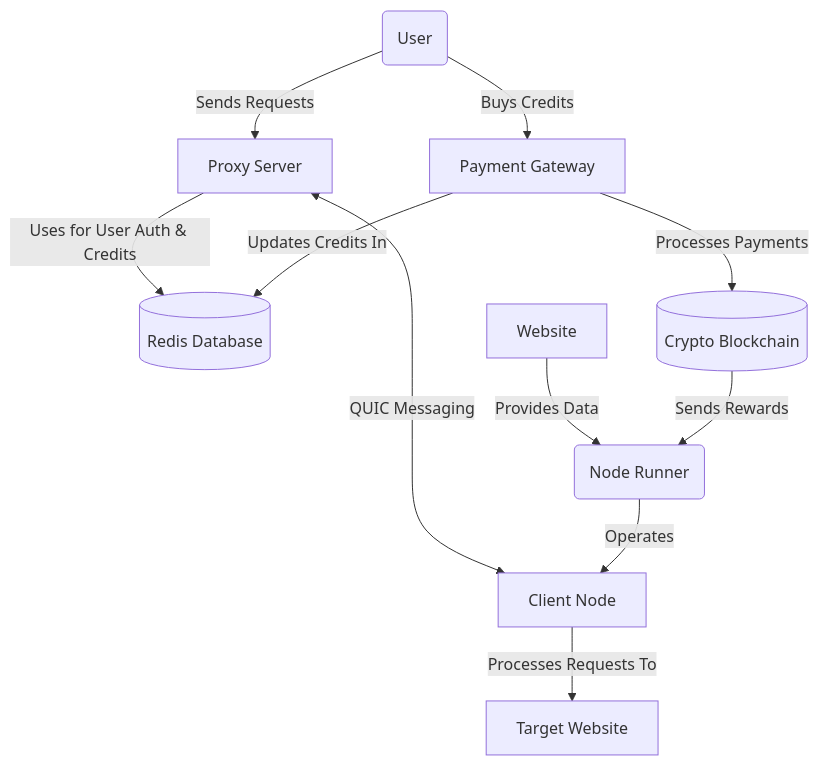
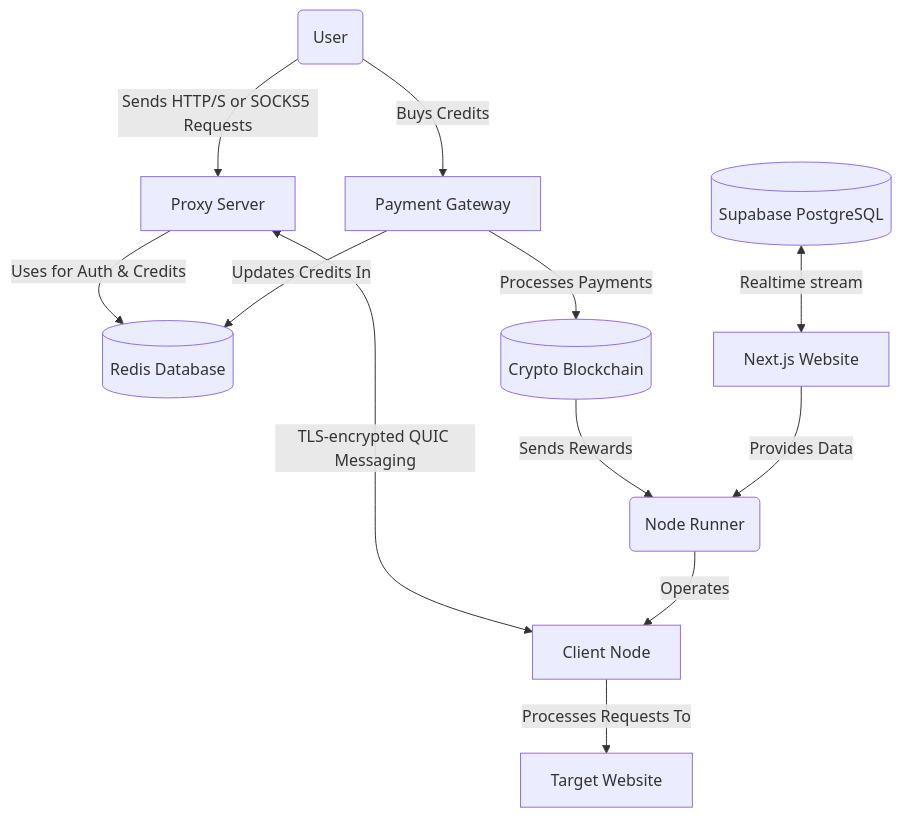
Before and after one commit to L1shed/Turbo: the first of 2 diagrams in README.md, drawn with Mermaid. The commit also changed 3 other files, not shown here.

Commit message:
feat(server): retry, timeout, client-switching logic on CONNECT

````diff
--- a/README.md
+++ b/README.md
@@ -20,30 +20,30 @@
 ```mermaid
 flowchart TD
     User(User)
     ProxyServer[Proxy Server]
     Redis[(Redis Database)]
     ClientNode[Client Node]
     NodeRunner(Node Runner)
     PaymentGateway[Payment Gateway]
     Blockchain[(Crypto Blockchain)]
     TargetWebsite[Target Website]
-    Website[Website]
-    
-    Website --> |Provides Data| NodeRunner
-%%    Website --> |Provides Data| Blockchain
-    
+    Website[Next.js Website]
+    Supabase[(Supabase PostgreSQL)]
 
-    User --> |Sends Requests| ProxyServer
+    User --> |Sends HTTP/S or SOCKS5 Requests| ProxyServer
     User --> |Buys Credits| PaymentGateway
 
-    ProxyServer --> |Uses for User Auth & Credits| Redis
-    ProxyServer <--> |QUIC Messaging| ClientNode
+    ProxyServer --> |Uses for Auth & Credits| Redis
+    ProxyServer <--> |TLS-encrypted QUIC Messaging| ClientNode
 
     ClientNode --> |Processes Requests To| TargetWebsite
     NodeRunner --> |Operates| ClientNode
 
     PaymentGateway --> |Processes Payments| Blockchain
     PaymentGateway --> |Updates Credits In| Redis
 
     Blockchain --> |Sends Rewards| NodeRunner
+    
+    Website --> |Provides Data| NodeRunner
+    Supabase <--> |Realtime stream| Website
 ```
````
